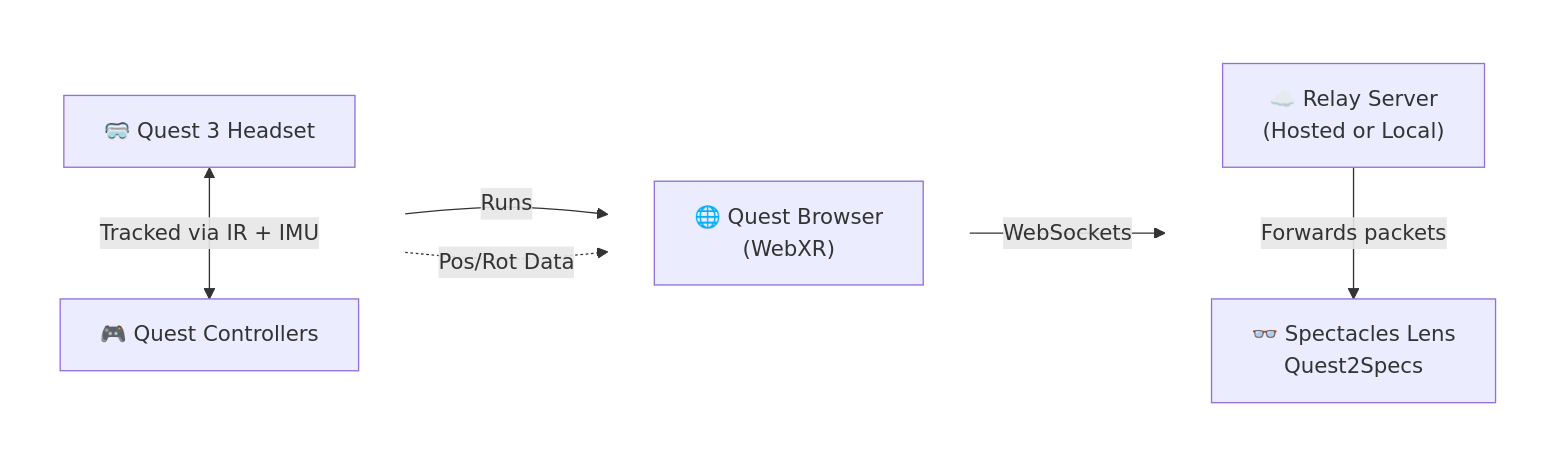
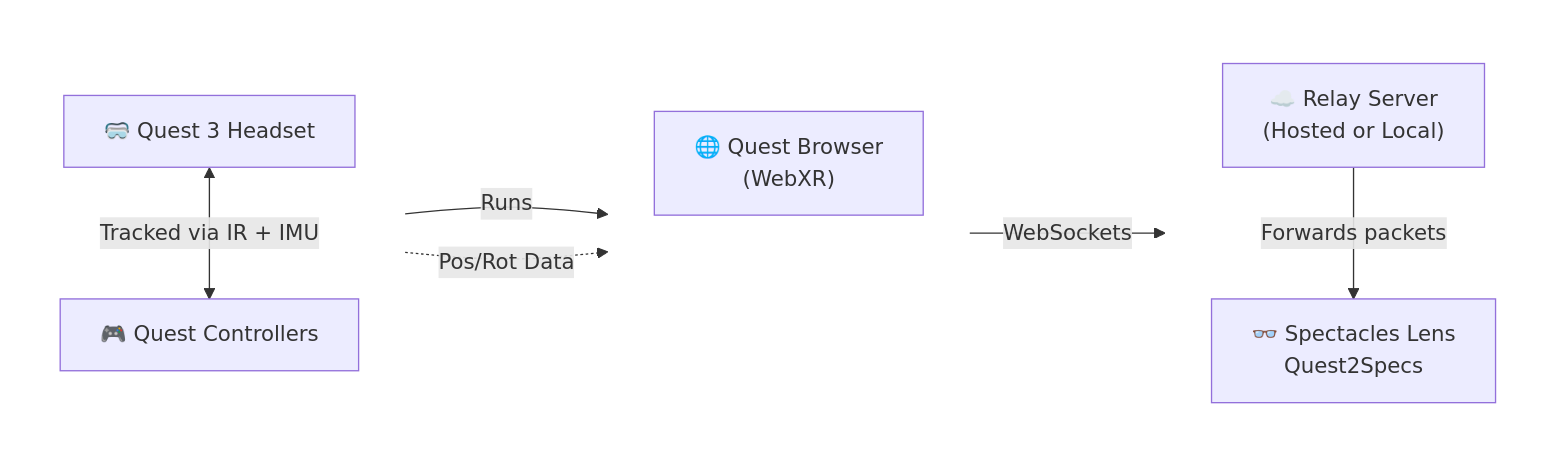
Before and after one commit to amirmohideen/Quest2Specs: the diagram in README.md, drawn with Mermaid.

````diff
--- a/README.md
+++ b/README.md
@@ -136,25 +136,28 @@
 ```mermaid
 flowchart LR
   subgraph col1 [ ]
     direction TB
     Quest3["🥽 Quest 3 Headset"] <-->|"Tracked via IR + IMU"| Controllers["🎮 Quest Controllers"]
   end
   
   subgraph col2 [ ]
     direction TB
     Browser["🌐 Quest Browser<br>(WebXR)"]
+    HiddenSpace[" "]
+    Browser ~~~ HiddenSpace
   end
   
   subgraph col3 [ ]
     direction TB
     Server["☁️ Relay Server<br>(Hosted or Local)"] -->|"Forwards packets"| Lens["👓 Spectacles Lens<br>Quest2Specs"]
   end
   
   Quest3 -->|"Runs"| Browser
+  Quest3 -.->|"Pos/Rot Data"| Browser
   Browser -->|"WebSockets"| Server
-  Controllers -.->|"Pos/Rot Data"| Browser
   
-  style col1 fill:transparent,stroke:transparent
-  style col2 fill:transparent,stroke:transparent
-  style col3 fill:transparent,stroke:transparent
+  style col1 fill:transparent,stroke:transparent,stroke-width:0px
+  style col2 fill:transparent,stroke:transparent,stroke-width:0px
+  style col3 fill:transparent,stroke:transparent,stroke-width:0px
+  style HiddenSpace fill:transparent,stroke:transparent,color:transparent,stroke-width:0px
 ```
````
